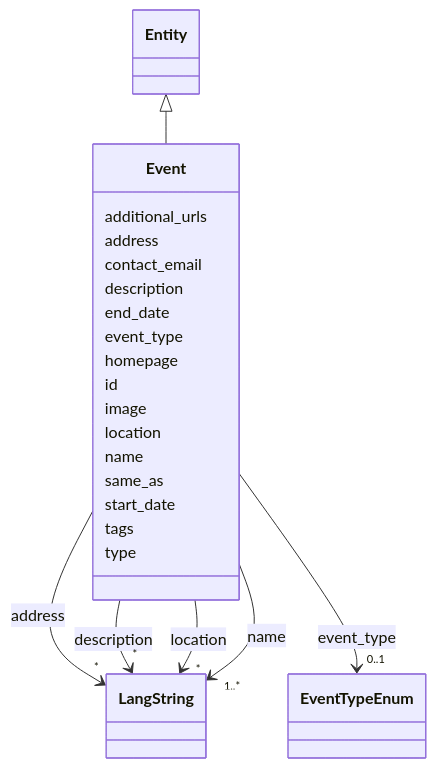
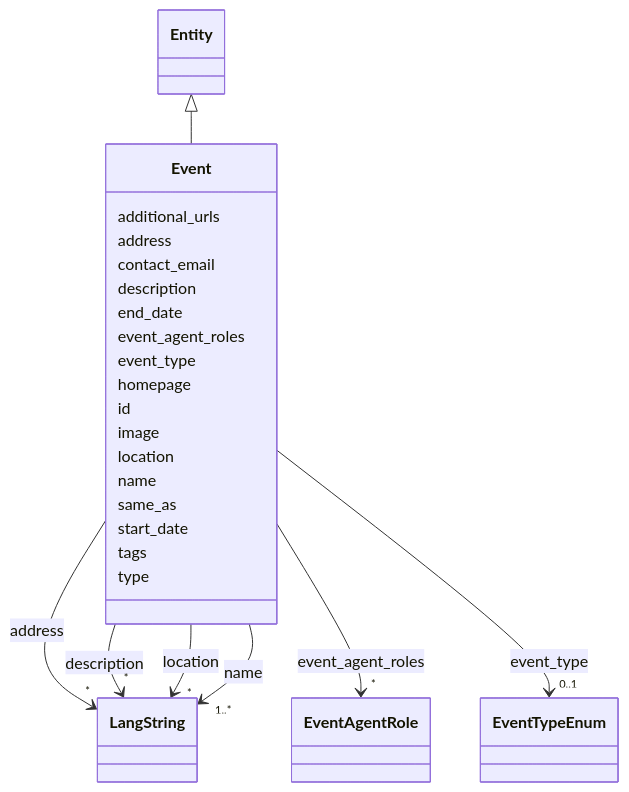
The diagram in docs/classes/Event.md (DARIAH-IL/idhi-manifests), drawn with Mermaid before and after one commit. The commit also changed other lines of this file and 68 other files, not shown here.

```diff
--- a/docs/classes/Event.md
+++ b/docs/classes/Event.md
@@ -59,6 +59,19 @@
 
         
       Event : end_date
+        
+      Event : event_agent_roles
+        
+          
+    
+        
+        
+        Event --> "*" EventAgentRole : event_agent_roles
+        
+        click EventAgentRole href "../../classes/EventAgentRole/"
+        
+    
+
         
       Event : event_type
         
```
